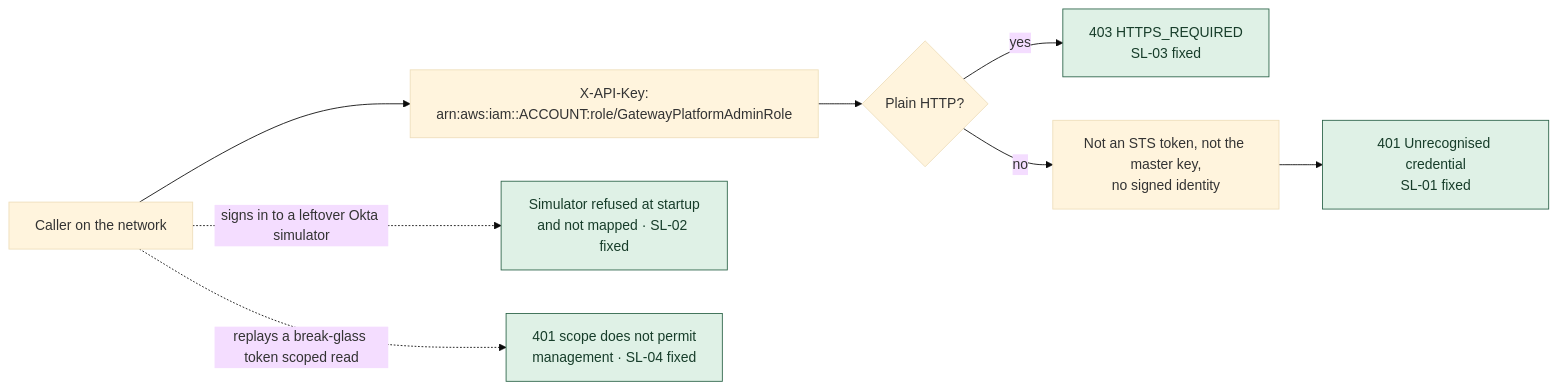
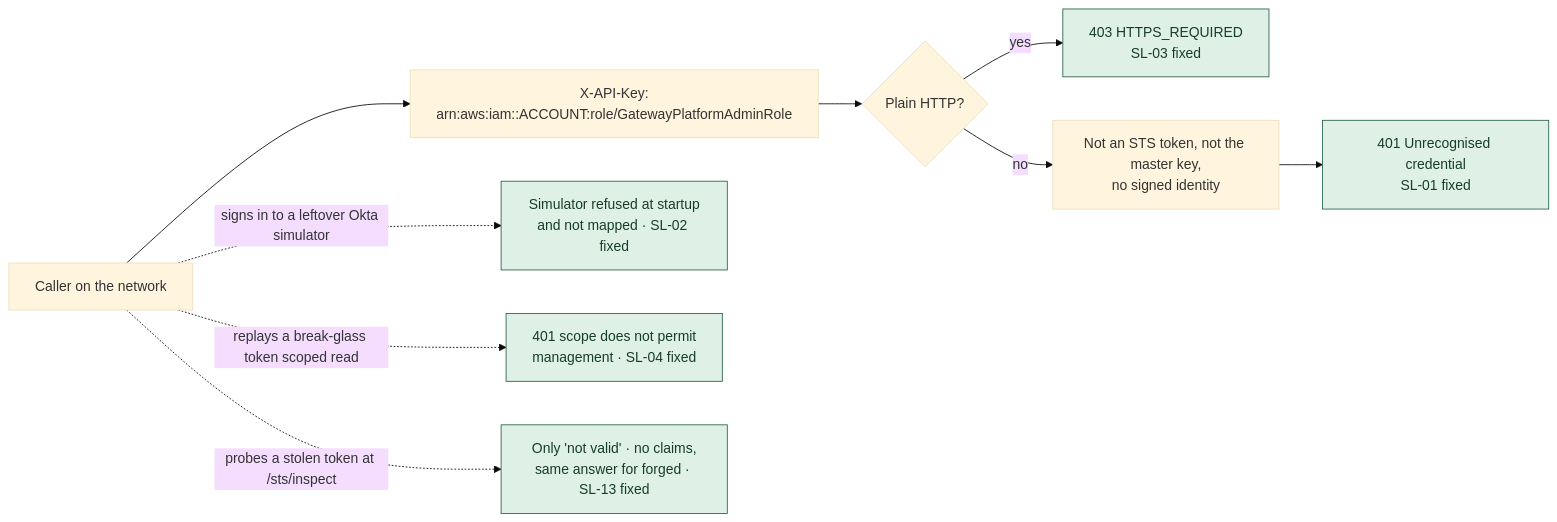
The sixth of 6 diagrams in docs/security-architecture-flow.md (washim1982/UnifiedGatewayV2), drawn with Mermaid (base theme) before and after one commit. The commit also changed other lines of this file and 6 other files, not shown here.

````diff
--- a/docs/security-architecture-flow.md
+++ b/docs/security-architecture-flow.md
@@ -349,13 +359,14 @@
 ```mermaid
 flowchart LR
     A["Caller on the network"] --> B["X-API-Key:<br/>arn:aws:iam::ACCOUNT:role/GatewayPlatformAdminRole"]
     B --> C{"Plain HTTP?"}
     C -- yes --> X1["403 HTTPS_REQUIRED<br/>SL-03 fixed"]
     C -- no --> D["Not an STS token, not the master key,<br/>no signed identity"]
     D --> X2["401 Unrecognised credential<br/>SL-01 fixed"]
     A -. "signs in to a leftover Okta simulator" .-> X3["Simulator refused at startup<br/>and not mapped · SL-02 fixed"]
     A -. "replays a break-glass token scoped read" .-> X4["401 scope does not permit<br/>management · SL-04 fixed"]
+    A -. "probes a stolen token at /sts/inspect" .-> X5["Only 'not valid' · no claims,<br/>same answer for forged · SL-13 fixed"]
 
     classDef blocked fill:#dff1e6,stroke:#2c6449,color:#173d2a
-    class X1,X2,X3,X4 blocked
+    class X1,X2,X3,X4,X5 blocked
 ```
````
